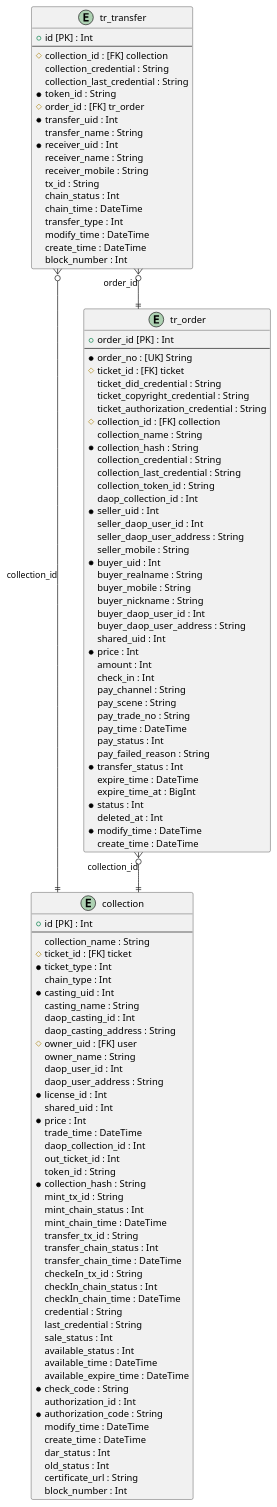
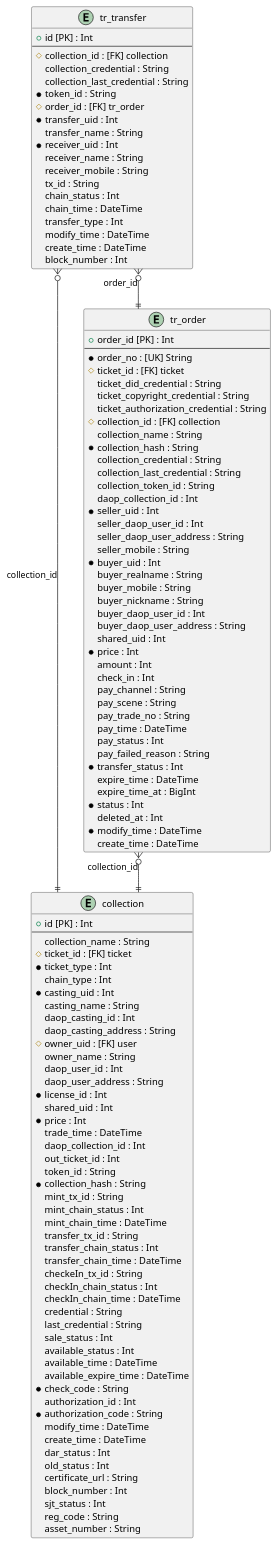
Before and after one commit to yuyongpeng/admin-server: diagram 25 of 28 in src/doc/ER-D.puml, drawn with PlantUML. The commit also changed other lines of this file and 10 other files, not shown here.

```diff
--- a/src/doc/ER-D.puml
+++ b/src/doc/ER-D.puml
@@ -1782,124 +1816,127 @@
 @startuml tr_transfer
 skinparam linetype ortho
 entity "collection" as collection {
 + id [PK] : Int 
 --
   collection_name : String
   # ticket_id : [FK] ticket
   * ticket_type : Int
   chain_type : Int
   * casting_uid : Int
   casting_name : String
   daop_casting_id : Int
   daop_casting_address : String
   # owner_uid : [FK] user
   owner_name : String
   daop_user_id : Int
   daop_user_address : String
   * license_id : Int
   shared_uid : Int
   * price : Int
   trade_time : DateTime
   daop_collection_id : Int
   out_ticket_id : Int
   token_id : String
   * collection_hash : String
   mint_tx_id : String
   mint_chain_status : Int
   mint_chain_time : DateTime
   transfer_tx_id : String
   transfer_chain_status : Int
   transfer_chain_time : DateTime
   checkeIn_tx_id : String
   checkIn_chain_status : Int
   checkIn_chain_time : DateTime
   credential : String
   last_credential : String
   sale_status : Int
   available_status : Int
   available_time : DateTime
   available_expire_time : DateTime
   * check_code : String
   authorization_id : Int
   * authorization_code : String
   modify_time : DateTime
   create_time : DateTime
   dar_status : Int
   old_status : Int
   certificate_url : String
   block_number : Int
+  sjt_status : Int
+  reg_code : String
+  asset_number : String
 }
 
 entity "tr_order" as tr_order {
 + order_id [PK] : Int 
 --
   * order_no : [UK] String
   # ticket_id : [FK] ticket
   ticket_did_credential : String
   ticket_copyright_credential : String
   ticket_authorization_credential : String
   # collection_id : [FK] collection
   collection_name : String
   * collection_hash : String
   collection_credential : String
   collection_last_credential : String
   collection_token_id : String
   daop_collection_id : Int
   * seller_uid : Int
   seller_daop_user_id : Int
   seller_daop_user_address : String
   seller_mobile : String
   * buyer_uid : Int
   buyer_realname : String
   buyer_mobile : String
   buyer_nickname : String
   buyer_daop_user_id : Int
   buyer_daop_user_address : String
   shared_uid : Int
   * price : Int
   amount : Int
   check_in : Int
   pay_channel : String
   pay_scene : String
   pay_trade_no : String
   pay_time : DateTime
   pay_status : Int
   pay_failed_reason : String
   * transfer_status : Int
   expire_time : DateTime
   expire_time_at : BigInt
   * status : Int
   deleted_at : Int
   * modify_time : DateTime
   create_time : DateTime
 }
 
 entity "tr_transfer" as tr_transfer {
 + id [PK] : Int 
 --
   # collection_id : [FK] collection
   collection_credential : String
   collection_last_credential : String
   * token_id : String
   # order_id : [FK] tr_order
   * transfer_uid : Int
   transfer_name : String
   * receiver_uid : Int
   receiver_name : String
   receiver_mobile : String
   tx_id : String
   chain_status : Int
   chain_time : DateTime
   transfer_type : Int
   modify_time : DateTime
   create_time : DateTime
   block_number : Int
 }
 
 ' Relations
 tr_order }o--|| collection: collection_id
 tr_transfer }o--|| collection: collection_id
 tr_transfer }o--|| tr_order: order_id
 ' ManyToMany Relations
 ' enum relations
 @enduml
```
